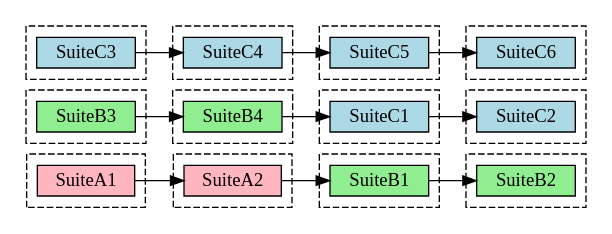
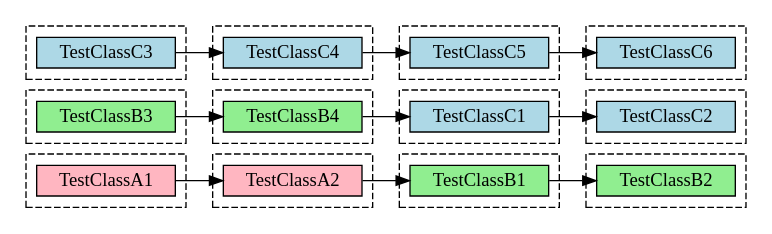
The third of 5 diagrams in website/blog/modules/ROOT/pages/11-jvm-test-parallelism.adoc (com-lihaoyi/mill), drawn with Graphviz before and after one commit. The commit also changed other lines of this file, not shown here.

````diff
--- a/website/blog/modules/ROOT/pages/11-jvm-test-parallelism.adoc
+++ b/website/blog/modules/ROOT/pages/11-jvm-test-parallelism.adoc
@@ -228,30 +231,28 @@
 ```graphviz
 digraph G {
   rankdir=LR
   node [shape=box width=0 height=0]
 
 
   style="dashed"
-  subgraph cluster_a1 { label=""; SuiteA1 [style=filled fillcolor=lightpink] }
-  subgraph cluster_a2 { label=""; SuiteA2 [style=filled fillcolor=lightpink] }
+  subgraph cluster_a1 { label=""; TestClassA1 [style=filled fillcolor=lightpink] }
+  subgraph cluster_a2 { label=""; TestClassA2 [style=filled fillcolor=lightpink] }
 
 
-  subgraph cluster_b1 { label=""; SuiteB1 [style=filled fillcolor=lightgreen] }
-  subgraph cluster_b2 { label=""; SuiteB2 [style=filled fillcolor=lightgreen] }
-  subgraph cluster_b3 { label=""; SuiteB3 [style=filled fillcolor=lightgreen] }
-  subgraph cluster_b4 { label=""; SuiteB4 [style=filled fillcolor=lightgreen] }
+  subgraph cluster_b1 { label=""; TestClassB1 [style=filled fillcolor=lightgreen] }
+  subgraph cluster_b2 { label=""; TestClassB2 [style=filled fillcolor=lightgreen] }
+  subgraph cluster_b3 { label=""; TestClassB3 [style=filled fillcolor=lightgreen] }
+  subgraph cluster_b4 { label=""; TestClassB4 [style=filled fillcolor=lightgreen] }
 
-  subgraph cluster_c1 { label=""; SuiteC1 [style=filled fillcolor=lightblue] }
-  subgraph cluster_c2 { label=""; SuiteC2 [style=filled fillcolor=lightblue] }
-  subgraph cluster_c3 { label=""; SuiteC3 [style=filled fillcolor=lightblue] }
-  subgraph cluster_c4 { label=""; SuiteC4 [style=filled fillcolor=lightblue] }
-  subgraph cluster_c5 { label=""; SuiteC5 [style=filled fillcolor=lightblue] }
-  subgraph cluster_c6 { label=""; SuiteC6 [style=filled fillcolor=lightblue] }
+  subgraph cluster_c1 { label=""; TestClassC1 [style=filled fillcolor=lightblue] }
+  subgraph cluster_c2 { label=""; TestClassC2 [style=filled fillcolor=lightblue] }
+  subgraph cluster_c3 { label=""; TestClassC3 [style=filled fillcolor=lightblue] }
+  subgraph cluster_c4 { label=""; TestClassC4 [style=filled fillcolor=lightblue] }
+  subgraph cluster_c5 { label=""; TestClassC5 [style=filled fillcolor=lightblue] }
+  subgraph cluster_c6 { label=""; TestClassC6 [style=filled fillcolor=lightblue] }
 
-  SuiteA1 -> SuiteA2 -> SuiteB1 -> SuiteB2
-  SuiteB3 -> SuiteB4 -> SuiteC1 -> SuiteC2
-  SuiteC3 -> SuiteC4 -> SuiteC5 -> SuiteC6
-
-
+  TestClassA1 -> TestClassA2 -> TestClassB1 -> TestClassB2
+  TestClassB3 -> TestClassB4 -> TestClassC1 -> TestClassC2
+  TestClassC3 -> TestClassC4 -> TestClassC5 -> TestClassC6
 }
 ```
````
